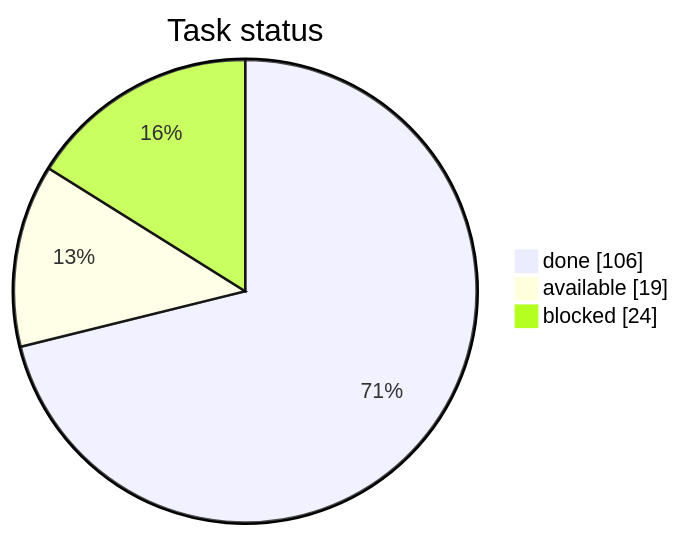
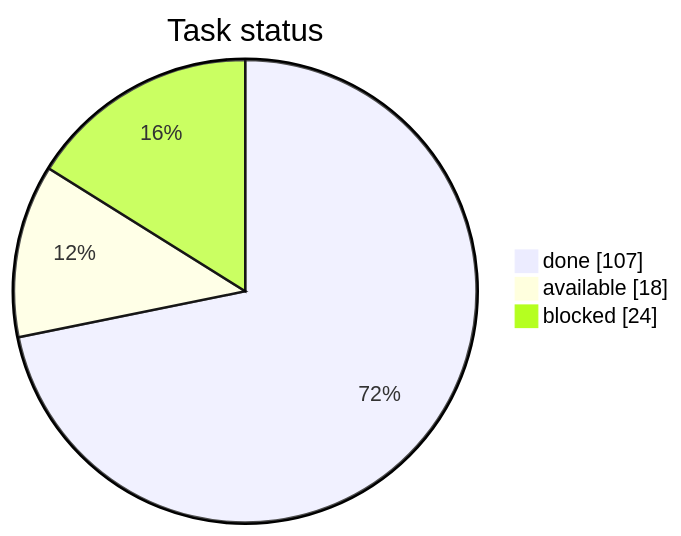
Before and after one commit to artemiiShabanov/RallyRivals: the first of 3 diagrams in STATUS.md, drawn with Mermaid. The commit also changed other lines of this file and 1 other file, not shown here.

Commit message:
tasks: mark code-track-props done (+ retitle to delivered scope) + sync STATUS

````diff
--- a/STATUS.md
+++ b/STATUS.md
@@ -7,7 +7,7 @@
 ```mermaid
 pie showData
     title Task status
-    "done" : 106
-    "available" : 19
+    "done" : 107
+    "available" : 18
     "blocked" : 24
 ```
````
